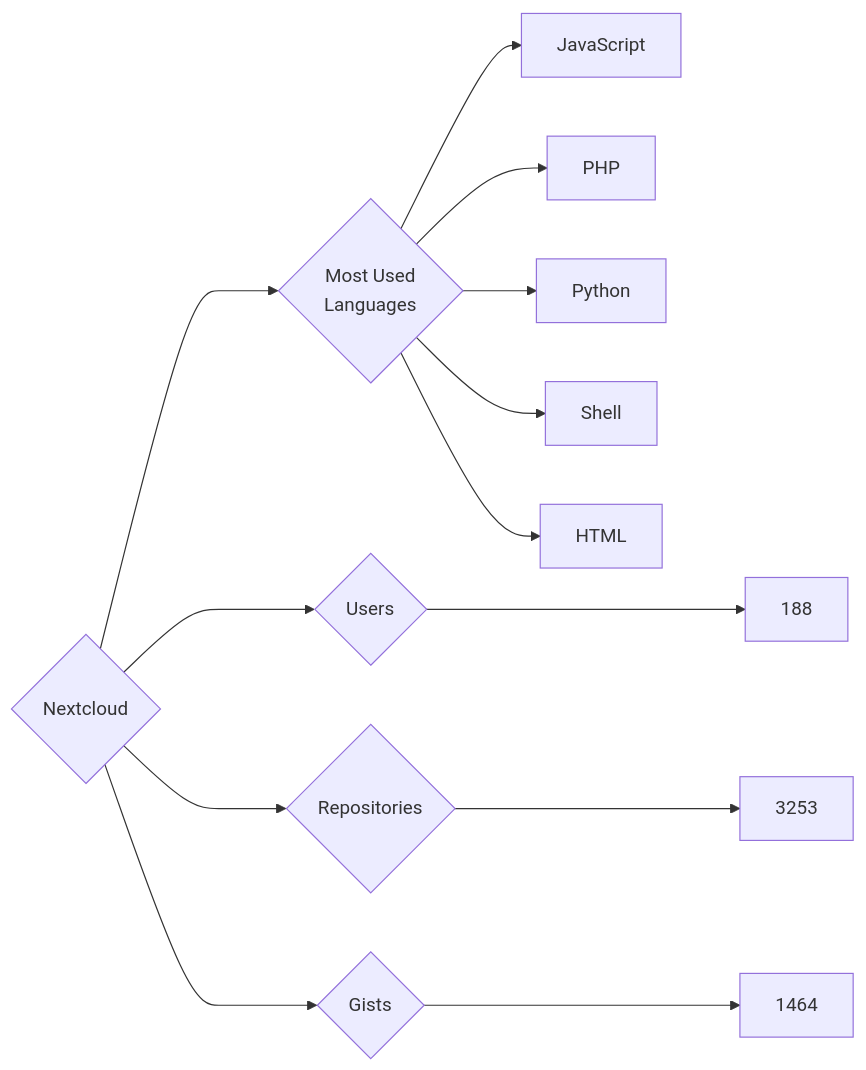
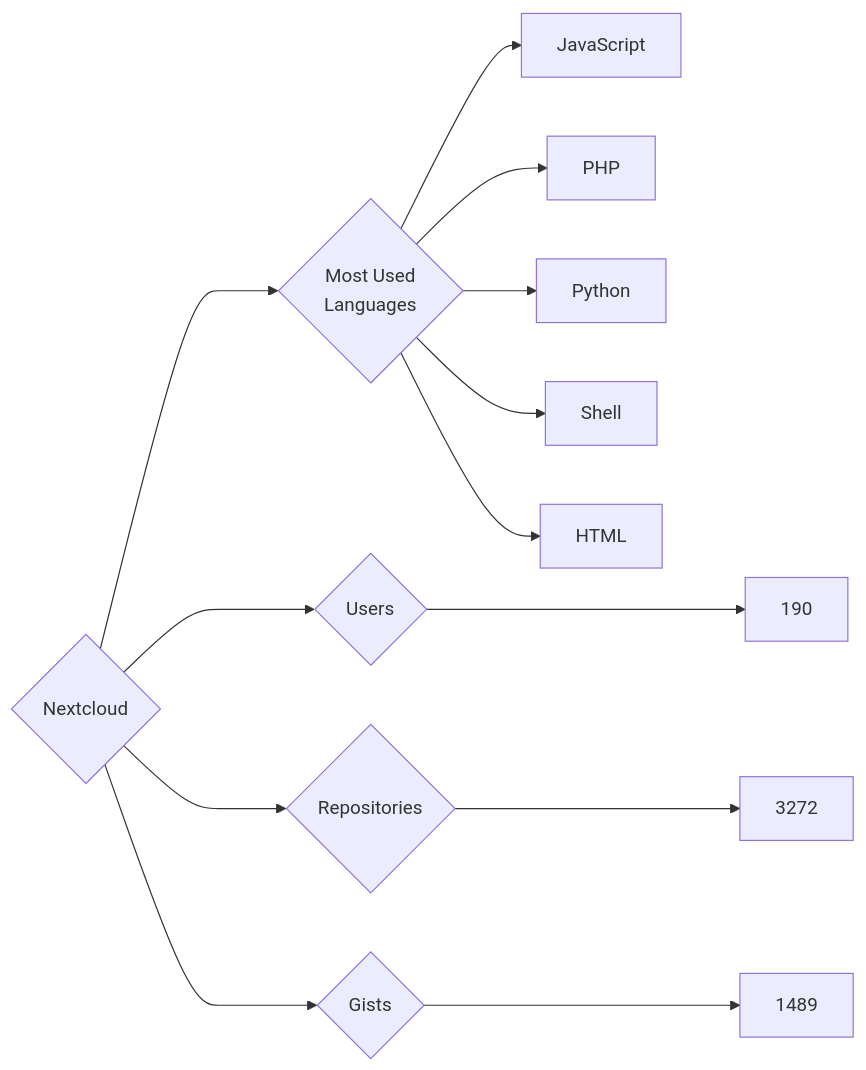
The diagram in targets/Nextcloud/README.md (trickest/insiders), drawn with Mermaid before and after one commit. The commit also changed 1011 other files, not shown here.

````diff
--- a/targets/Nextcloud/README.md
+++ b/targets/Nextcloud/README.md
@@ -3,13 +3,13 @@
 ```mermaid
 graph LR
 COMPANY_NAME{Nextcloud}
-COMPANY_NAME ---> U{Users} ---> UN[188]
-COMPANY_NAME ---> R{Repositories} ---> RN[3253]
-COMPANY_NAME ---> G{Gists} ---> GN[1464]
+COMPANY_NAME ---> U{Users} ---> UN[190]
+COMPANY_NAME ---> R{Repositories} ---> RN[3272]
+COMPANY_NAME ---> G{Gists} ---> GN[1489]
 COMPANY_NAME ---> ML{Most Used<br>Languages}
 ML --> JavaScript[JavaScript]
 ML --> PHP[PHP]
 ML --> Python[Python]
 ML --> Shell[Shell]
 ML --> HTML[HTML]
 ```
````
